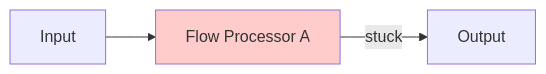
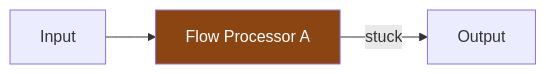
The second of 4 diagrams in docs/troubleshooting/workflow-issues.md (layline-io/layline-doc), drawn with Mermaid before and after one commit. The commit also changed other lines of this file, not shown here.

First line of the commit message:
Fix Mermaid diagram colors for dark background compatibility

````diff
--- a/docs/troubleshooting/workflow-issues.md
+++ b/docs/troubleshooting/workflow-issues.md
@@ -107,6 +107,6 @@
 ```mermaid
 graph LR
     A[Input] --> B[Flow Processor A]
     B -->|stuck| C[Output]
-    style B fill:#ffcccc
+    style B fill:#8b4513,color:#fff
 ```
````
